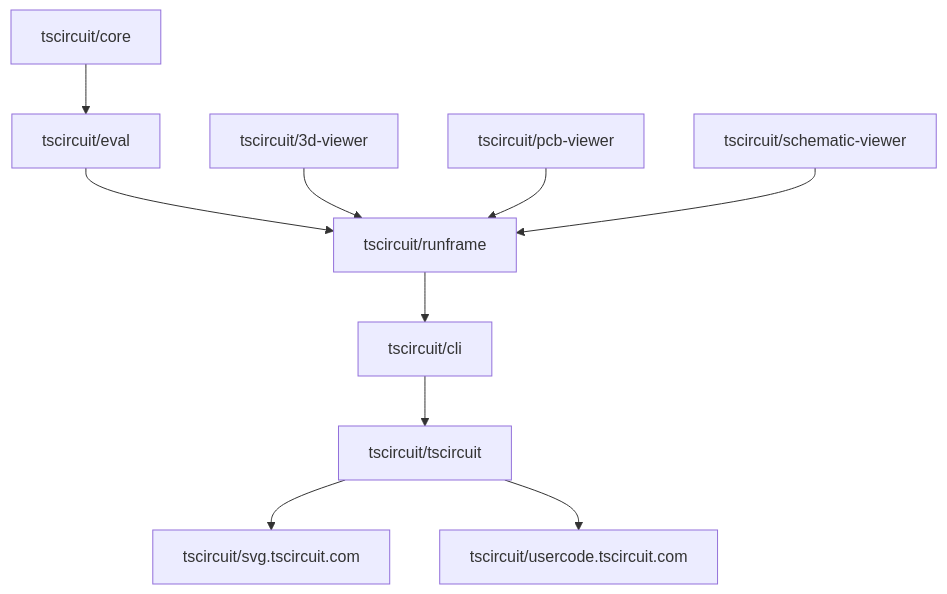
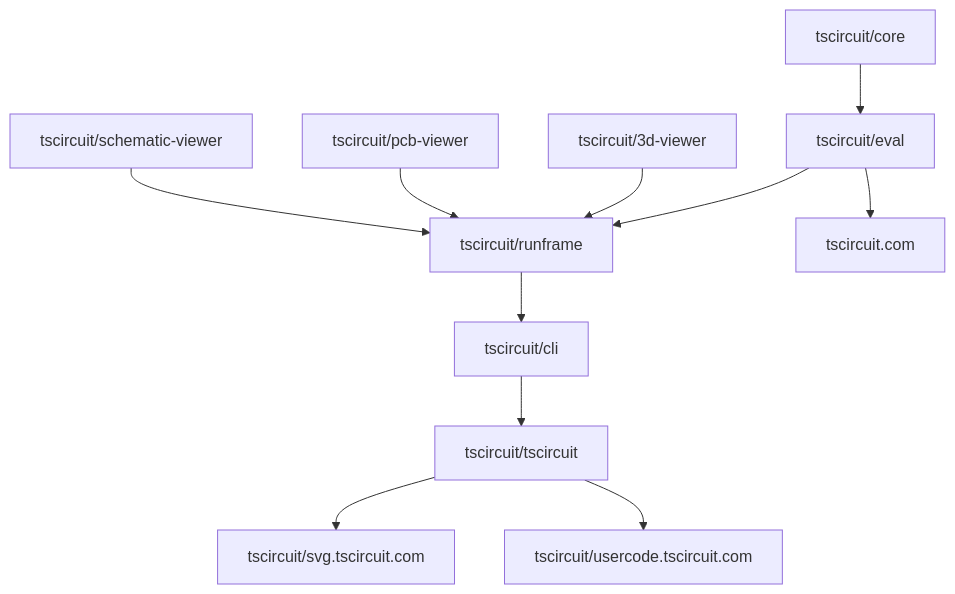
Before and after one commit to tscircuit/docs: the diagram in docs/contributing/package-dependencies-and-auto-updates.mdx, drawn with Mermaid.

Commit message:
Add tscircuit.com to dependency graph

````diff
--- a/docs/contributing/package-dependencies-and-auto-updates.mdx
+++ b/docs/contributing/package-dependencies-and-auto-updates.mdx
@@ -14,28 +14,31 @@
 ```mermaid
 flowchart TD
 
     %% Core to Eval
     core[tscircuit/core] --> eval[tscircuit/eval]
 
     %% Eval to Runframe
     eval --> runframe[tscircuit/runframe]
+
+    %% Eval to tscircuit.com
+    eval --> tscircuitcom[tscircuit.com]
 
     %% 3D Viewer to Runframe
     viewer3d[tscircuit/3d-viewer] --> runframe
 
     %% PCB Viewer to Runframe
     pcbviewer[tscircuit/pcb-viewer] --> runframe
 
     %% Schematic Viewer to Runframe
     schemaviewer[tscircuit/schematic-viewer] --> runframe
 
     %% Runframe to CLI
     runframe --> cli[tscircuit/cli]
 
     %% CLI to Tscircuit
     cli --> tscircuit[tscircuit/tscircuit]
 
     %% Tscircuit to web services
     tscircuit --> svg[tscircuit/svg.tscircuit.com]
     tscircuit --> usercode[tscircuit/usercode.tscircuit.com]
 ```
````
